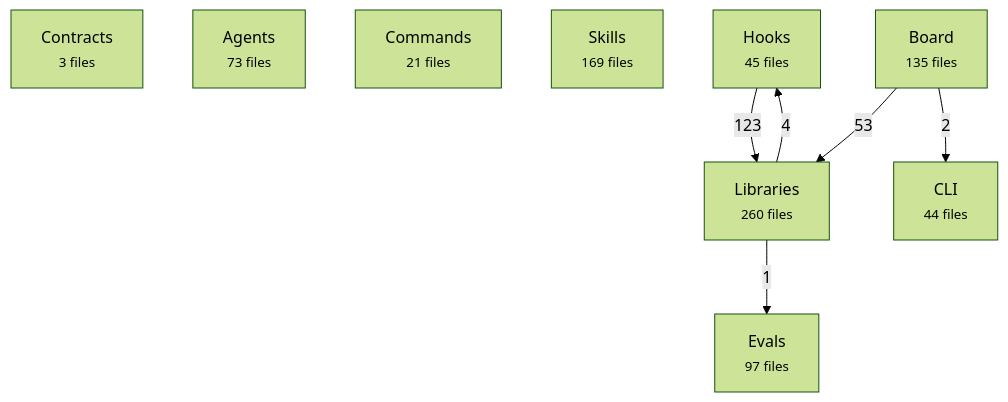
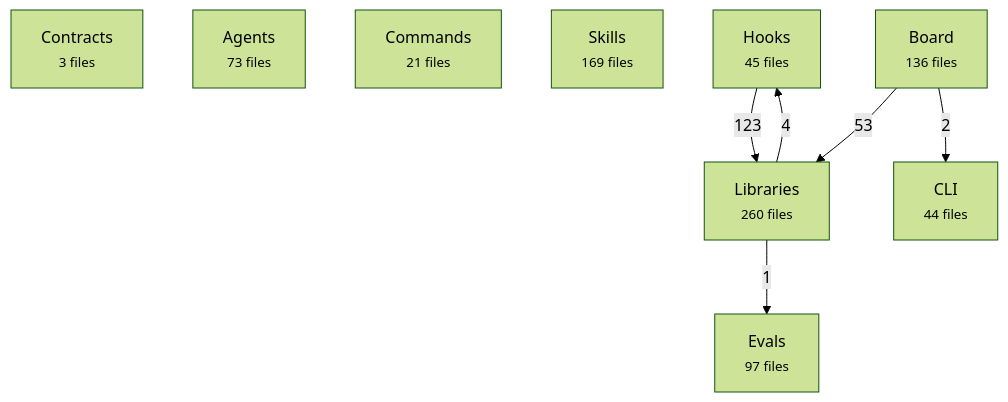
The first of 2 diagrams in docs/reference/architecture-map.md (avelikiy/great_cto), drawn with Mermaid (forest theme) before and after one commit. The commit also changed other lines of this file and 5 other files, not shown here.

````diff
--- a/docs/reference/architecture-map.md
+++ b/docs/reference/architecture-map.md
@@ -20,17 +20,17 @@
 ```mermaid
 flowchart TD
   contracts["Contracts<br/><small>3 files</small>"]
   agents["Agents<br/><small>73 files</small>"]
   commands["Commands<br/><small>21 files</small>"]
   skills["Skills<br/><small>169 files</small>"]
   hooks["Hooks<br/><small>45 files</small>"]
   libs["Libraries<br/><small>260 files</small>"]
-  board["Board<br/><small>135 files</small>"]
+  board["Board<br/><small>136 files</small>"]
   cli["CLI<br/><small>44 files</small>"]
   evals["Evals<br/><small>97 files</small>"]
   hooks -->|123| libs
   board -->|53| libs
   libs -->|4| hooks
   board -->|2| cli
   libs -->|1| evals
 ```
````
